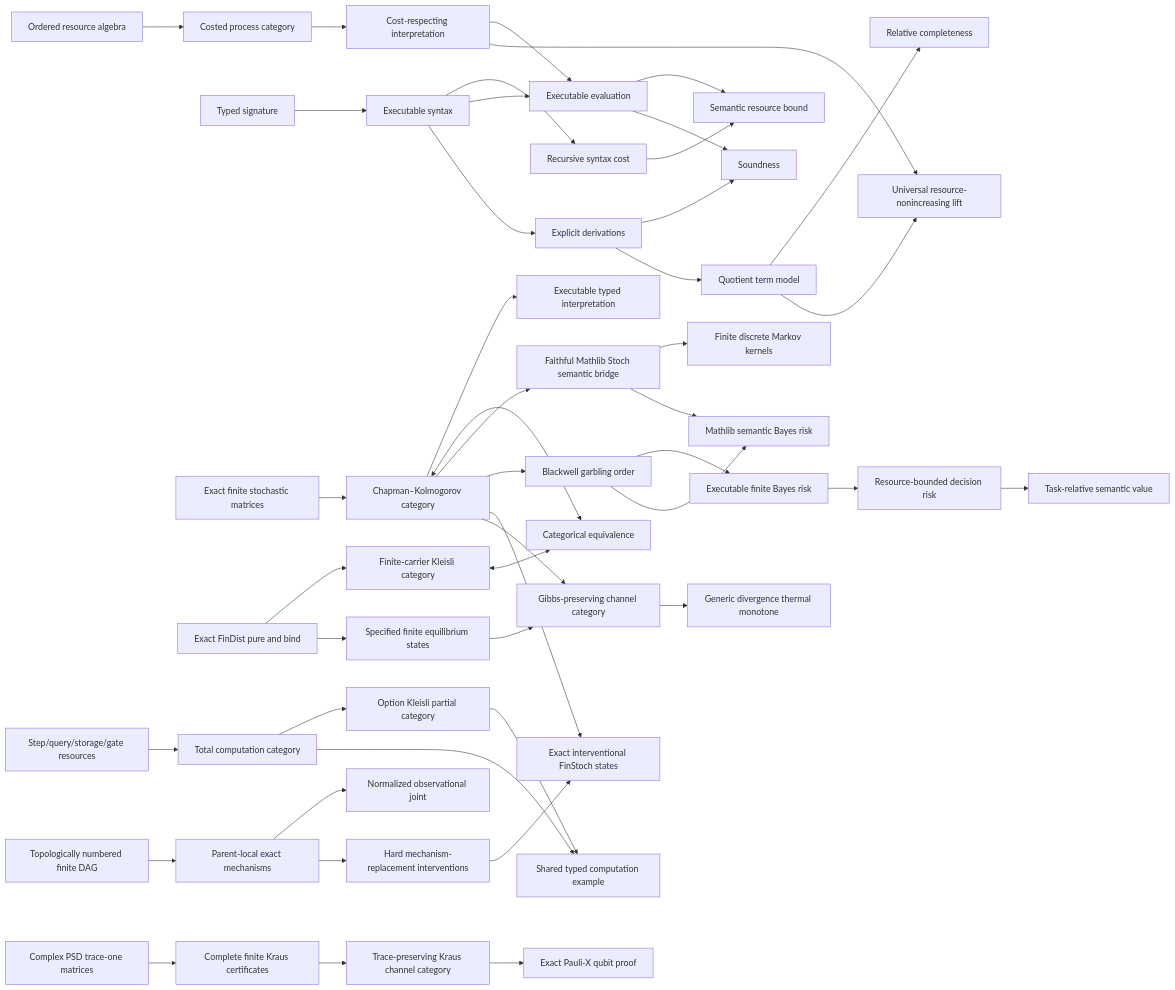
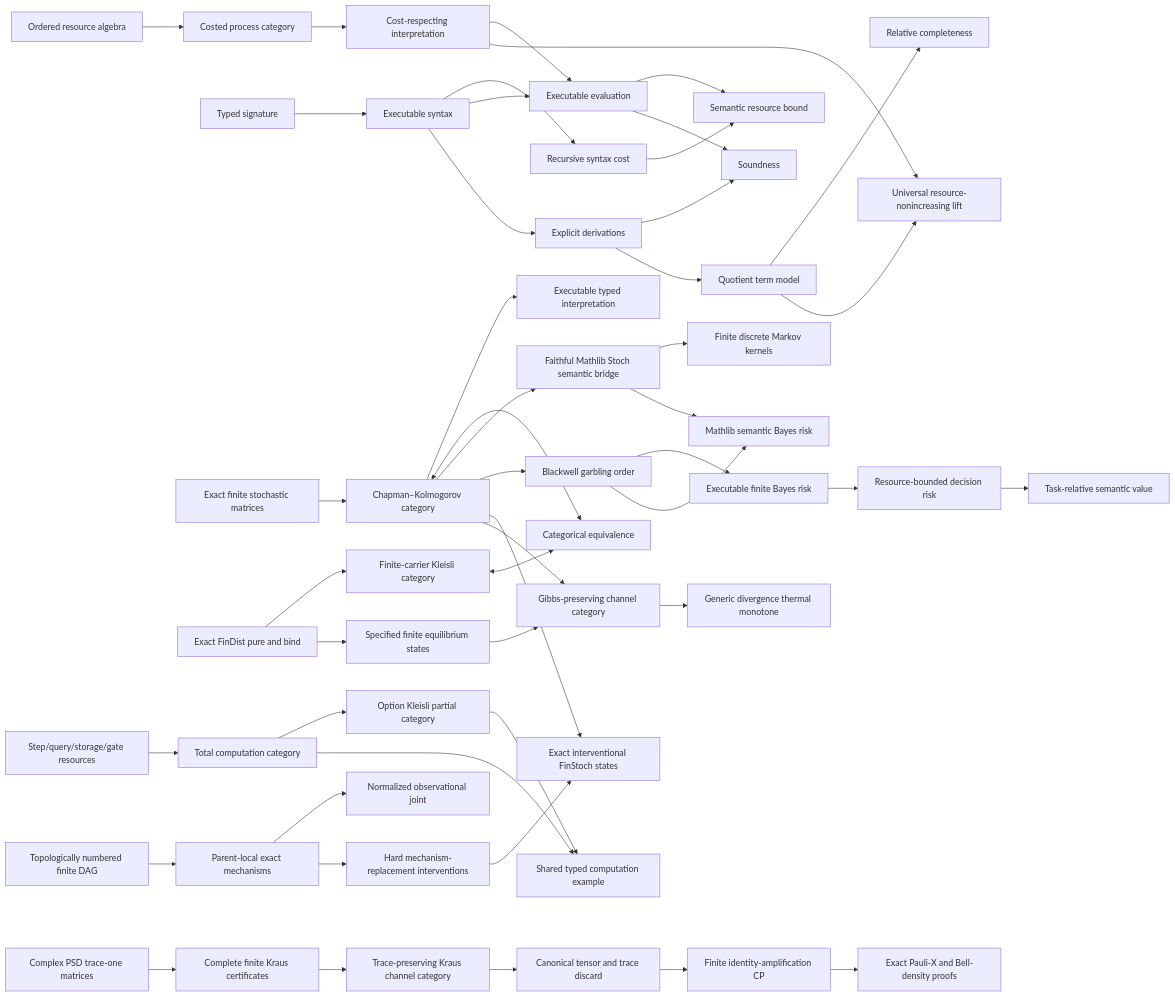
The diagram in README.md (miuchan/ript), drawn with Mermaid before and after one commit. The commit also changed other lines of this file and 11 other files, not shown here.

````diff
--- a/README.md
+++ b/README.md
@@ -546,47 +568,49 @@
 ```mermaid
 flowchart LR
   R["Ordered resource algebra"] --> C["Costed process category"]
   S["Typed signature"] --> X["Executable syntax"]
   X --> K["Recursive syntax cost"]
   C --> I["Cost-respecting interpretation"]
   X --> E["Executable evaluation"]
   I --> E
   K --> B["Semantic resource bound"]
   E --> B
   X --> D["Explicit derivations"]
   D --> SO["Soundness"]
   E --> SO
   D --> T["Quotient term model"]
   T --> CO["Relative completeness"]
   I --> U["Universal resource-nonincreasing lift"]
   T --> U
   F["Exact finite stochastic matrices"] --> CK["Chapman–Kolmogorov category"]
   CK --> EX["Executable typed interpretation"]
   FD["Exact FinDist pure and bind"] --> KL["Finite-carrier Kleisli category"]
   CK <--> EQ["Categorical equivalence"]
   KL <--> EQ
   CK --> ST["Faithful Mathlib Stoch semantic bridge"]
   ST --> MT["Finite discrete Markov kernels"]
   CK --> BW["Blackwell garbling order"]
   ST --> SB["Mathlib semantic Bayes risk"]
   BW --> FR["Executable finite Bayes risk"]
   FR --> RR["Resource-bounded decision risk"]
   RR --> SV["Task-relative semantic value"]
   BW --> SB
   CR["Step/query/storage/gate resources"] --> TC["Total computation category"]
   TC --> PC["Option Kleisli partial category"]
   TC --> CE["Shared typed computation example"]
   PC --> CE
   DAG["Topologically numbered finite DAG"] --> CM["Parent-local exact mechanisms"]
   CM --> IJ["Normalized observational joint"]
   CM --> DO["Hard mechanism-replacement interventions"]
   DO --> IS["Exact interventional FinStoch states"]
   CK --> IS
   FD --> TE["Specified finite equilibrium states"]
   CK --> GP["Gibbs-preserving channel category"]
   TE --> GP
   GP --> TM["Generic divergence thermal monotone"]
   QB["Complex PSD trace-one matrices"] --> QK["Complete finite Kraus certificates"]
   QK --> QC["Trace-preserving Kraus channel category"]
-  QC --> QX["Exact Pauli-X qubit proof"]
+  QC --> QT["Canonical tensor and trace discard"]
+  QT --> QP["Finite identity-amplification CP"]
+  QP --> QX["Exact Pauli-X and Bell-density proofs"]
 ```
````
